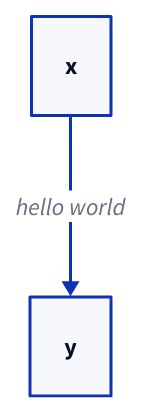
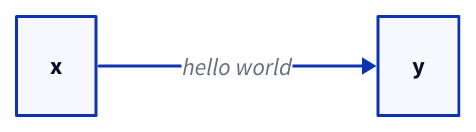
Before and after one commit to epmoyer/electro: the first of 2 diagrams in test/data/raw/test_cases/single_file/docs/1-md_features.md, drawn with D2. The commit also changed other lines of this file, not shown here.

````diff
--- a/test/data/raw/test_cases/single_file/docs/1-md_features.md
+++ b/test/data/raw/test_cases/single_file/docs/1-md_features.md
@@ -13,3 +15,4 @@
 ```d2
+direction: right
 x -> y: hello world
 ```
````
